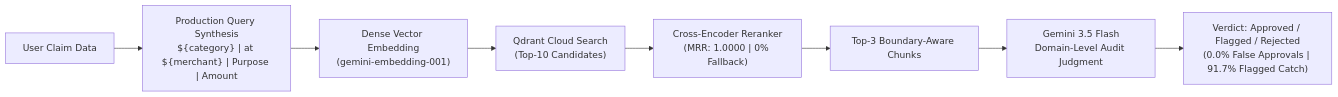
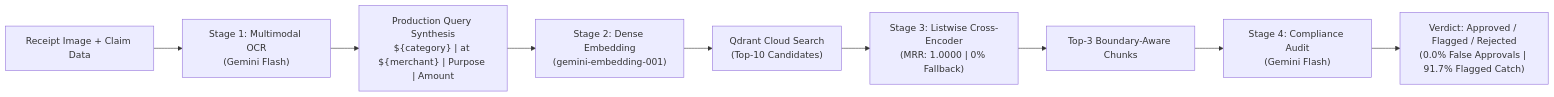
The diagram in policy-expense-auditor/eval/REPORT.md (Shaun22062005/AI-Powered-Expense-Auditor), drawn with Mermaid before and after one commit. The commit also changed other lines of this file, not shown here.

Commit message:
docs(eval): update REPORT.md with finalized production metrics, 4-stage cost modeling (.36/1k), and listwise reranker architecture

````diff
--- a/policy-expense-auditor/eval/REPORT.md
+++ b/policy-expense-auditor/eval/REPORT.md
@@ -22,10 +22,11 @@
 ```mermaid
 flowchart LR
-    A["User Claim Data"] --> B["Production Query Synthesis<br>${category} | at ${merchant} | Purpose | Amount"]
-    B --> C["Dense Vector Embedding<br>(gemini-embedding-001)"]
-    C --> D["Qdrant Cloud Search<br>(Top-10 Candidates)"]
-    D --> E["Cross-Encoder Reranker<br>(MRR: 1.0000 | 0% Fallback)"]
-    E --> F["Top-3 Boundary-Aware Chunks"]
-    F --> G["Gemini 3.5 Flash<br>Domain-Level Audit Judgment"]
-    G --> H["Verdict: Approved / Flagged / Rejected<br>(0.0% False Approvals | 91.7% Flagged Catch)"]
+    A["Receipt Image + Claim Data"] --> B["Stage 1: Multimodal OCR<br>(Gemini Flash)"]
+    B --> C["Production Query Synthesis<br>${category} | at ${merchant} | Purpose | Amount"]
+    C --> D["Stage 2: Dense Embedding<br>(gemini-embedding-001)"]
+    D --> E["Qdrant Cloud Search<br>(Top-10 Candidates)"]
+    E --> F["Stage 3: Listwise Cross-Encoder<br>(MRR: 1.0000 | 0% Fallback)"]
+    F --> G["Top-3 Boundary-Aware Chunks"]
+    G --> H["Stage 4: Compliance Audit<br>(Gemini Flash)"]
+    H --> I["Verdict: Approved / Flagged / Rejected<br>(0.0% False Approvals | 91.7% Flagged Catch)"]
 ```
````
